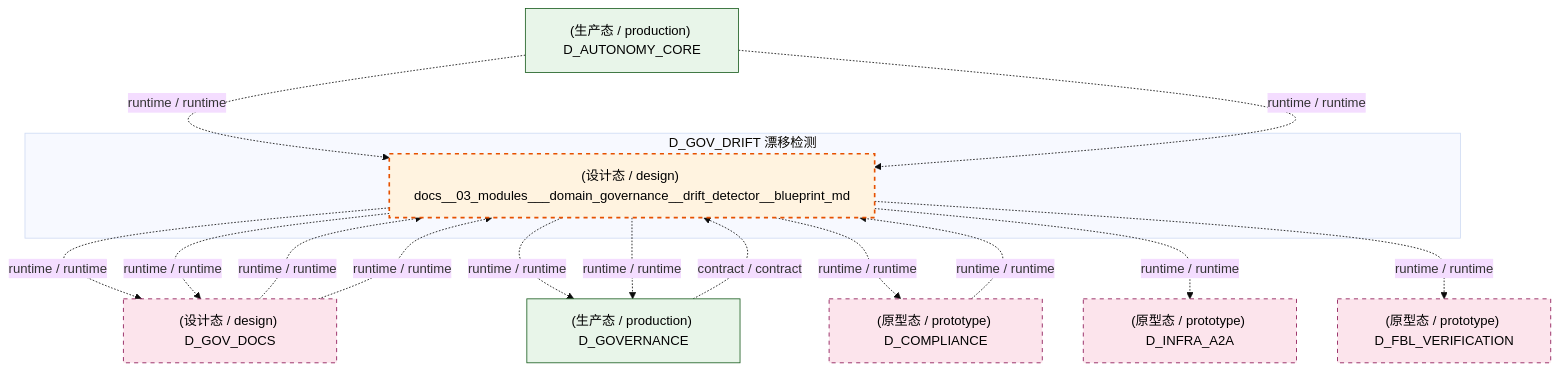
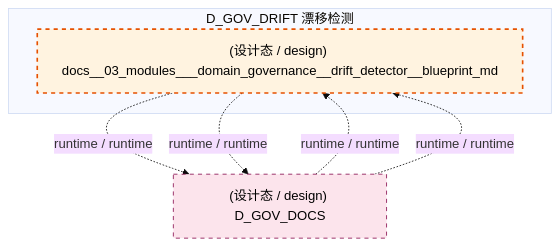
One commit to xuanFelixVan/ZephyrAlpha changed the fifth of 7 diagrams in docs/02_enterprise_architecture/02_domain_architecture_docs/41_d_gov_drift.md. Above: the diagram before and after it, drawn with Mermaid (base theme). The commit also changed other lines of this file and 126 other files, not shown here.

````diff
--- a/docs/02_enterprise_architecture/02_domain_architecture_docs/41_d_gov_drift.md
+++ b/docs/02_enterprise_architecture/02_domain_architecture_docs/41_d_gov_drift.md
@@ -551,32 +551,17 @@
 ```mermaid
 graph TD
     subgraph D_GOV_DRIFT["D_GOV_DRIFT 漂移检测"]
         docs_03_modules_domain_governance_drift_detector_blueprint_md["(设计态 / design) docs__03_modules___domain_governance__drift_detector__blueprint_md"]
     end
     D_GOV_DOCS["(设计态 / design) D_GOV_DOCS"]
     docs_03_modules_domain_governance_drift_detector_blueprint_md -.->|runtime / runtime| D_GOV_DOCS
-    D_GOVERNANCE["(生产态 / production) D_GOVERNANCE"]
-    docs_03_modules_domain_governance_drift_detector_blueprint_md -.->|runtime / runtime| D_GOVERNANCE
-    D_COMPLIANCE["(原型态 / prototype) D_COMPLIANCE"]
-    docs_03_modules_domain_governance_drift_detector_blueprint_md -.->|runtime / runtime| D_COMPLIANCE
-    D_INFRA_A2A["(原型态 / prototype) D_INFRA_A2A"]
-    docs_03_modules_domain_governance_drift_detector_blueprint_md -.->|runtime / runtime| D_INFRA_A2A
-    D_FBL_VERIFICATION["(原型态 / prototype) D_FBL_VERIFICATION"]
-    docs_03_modules_domain_governance_drift_detector_blueprint_md -.->|runtime / runtime| D_FBL_VERIFICATION
     docs_03_modules_domain_governance_drift_detector_blueprint_md -.->|runtime / runtime| D_GOV_DOCS
-    docs_03_modules_domain_governance_drift_detector_blueprint_md -.->|runtime / runtime| D_GOVERNANCE
-    D_COMPLIANCE -.->|runtime / runtime| docs_03_modules_domain_governance_drift_detector_blueprint_md
     D_GOV_DOCS -.->|runtime / runtime| docs_03_modules_domain_governance_drift_detector_blueprint_md
     D_GOV_DOCS -.->|runtime / runtime| docs_03_modules_domain_governance_drift_detector_blueprint_md
-    D_GOVERNANCE -.->|contract / contract| docs_03_modules_domain_governance_drift_detector_blueprint_md
-    D_AUTONOMY_CORE["(生产态 / production) D_AUTONOMY_CORE"]
-    D_AUTONOMY_CORE -.->|runtime / runtime| docs_03_modules_domain_governance_drift_detector_blueprint_md
-    D_AUTONOMY_CORE -.->|runtime / runtime| docs_03_modules_domain_governance_drift_detector_blueprint_md
     classDef production fill:#e1f5fe,stroke:#01579b,stroke-width:2px,color:#000
     classDef design fill:#fff3e0,stroke:#e65100,stroke-width:2px,color:#000,stroke-dasharray: 5 5
     classDef external_prod fill:#e8f5e9,stroke:#1b5e20,stroke-width:1px,color:#000
     classDef external_design fill:#fce4ec,stroke:#880e4f,stroke-width:1px,color:#000,stroke-dasharray: 5 5
     class docs_03_modules_domain_governance_drift_detector_blueprint_md design
-    class D_GOVERNANCE,D_AUTONOMY_CORE external_prod
-    class D_GOV_DOCS,D_COMPLIANCE,D_INFRA_A2A,D_FBL_VERIFICATION external_design
+    class D_GOV_DOCS external_design
 ```
````
